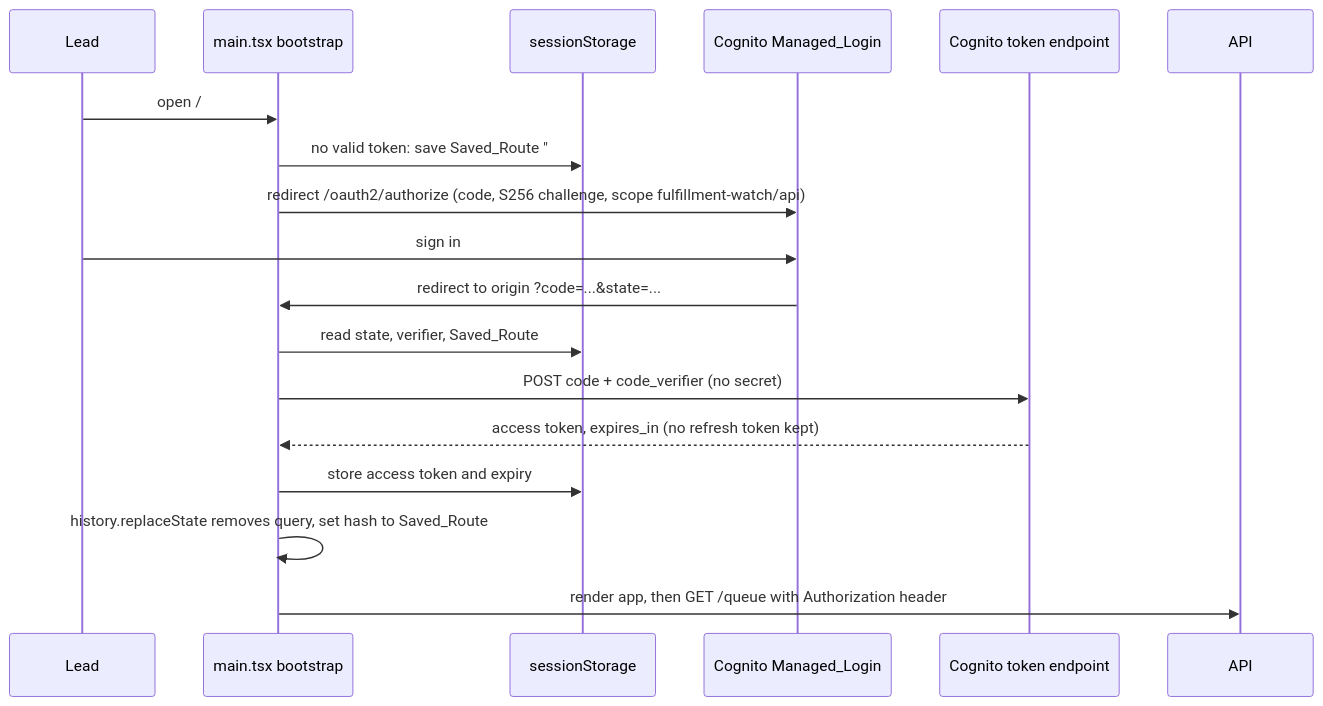
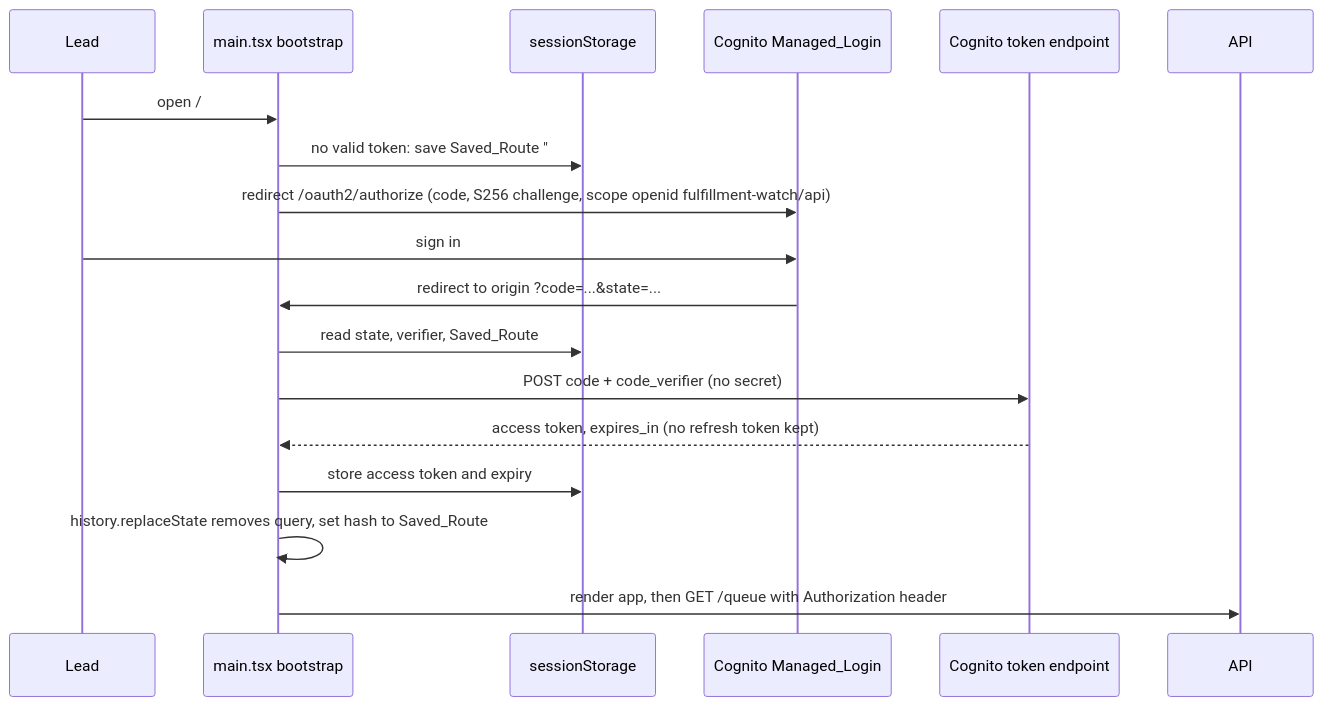
Before and after one commit to shaharyar814/ai-dlc-hackathon: the second of 3 diagrams in .kiro/specs/stalled-orders-aws/design.md, drawn with Mermaid. The commit also changed other lines of this file and 2 other files, not shown here.

Commit message:
Request openid so access tokens carry cognito:groups

````diff
--- a/.kiro/specs/stalled-orders-aws/design.md
+++ b/.kiro/specs/stalled-orders-aws/design.md
@@ -114,20 +114,20 @@
 ```mermaid
 sequenceDiagram
   participant U as Lead
   participant M as main.tsx bootstrap
   participant S as sessionStorage
   participant C as Cognito Managed_Login
   participant T as Cognito token endpoint
   participant A as API
   U->>M: open /#/orders/1042
   M->>S: no valid token: save Saved_Route "#/orders/1042", state, PKCE verifier
-  M->>C: redirect /oauth2/authorize (code, S256 challenge, scope fulfillment-watch/api)
+  M->>C: redirect /oauth2/authorize (code, S256 challenge, scope openid fulfillment-watch/api)
   U->>C: sign in
   C->>M: redirect to origin ?code=...&state=...
   M->>S: read state, verifier, Saved_Route
   M->>T: POST code + code_verifier (no secret)
   T-->>M: access token, expires_in (no refresh token kept)
   M->>S: store access token and expiry
   M->>M: history.replaceState removes query, set hash to Saved_Route
   M->>A: render app, then GET /queue with Authorization header
 ```
````
